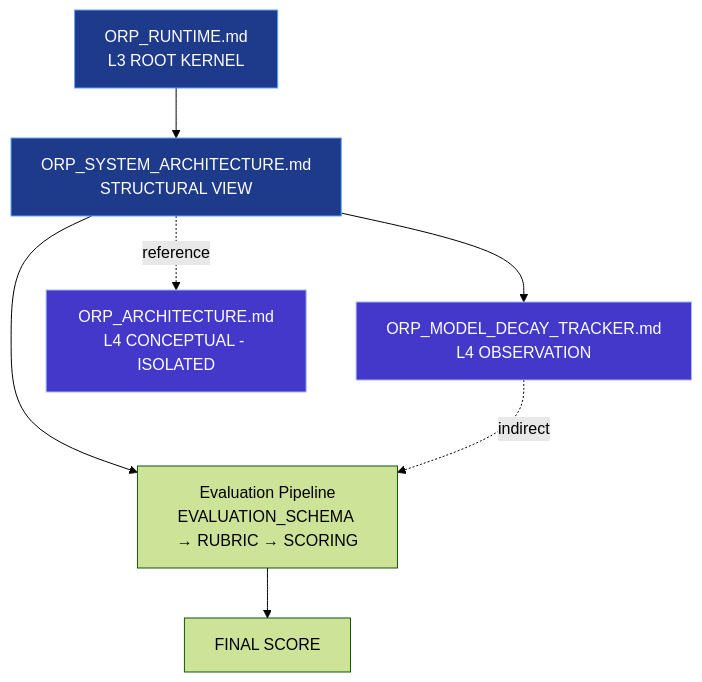
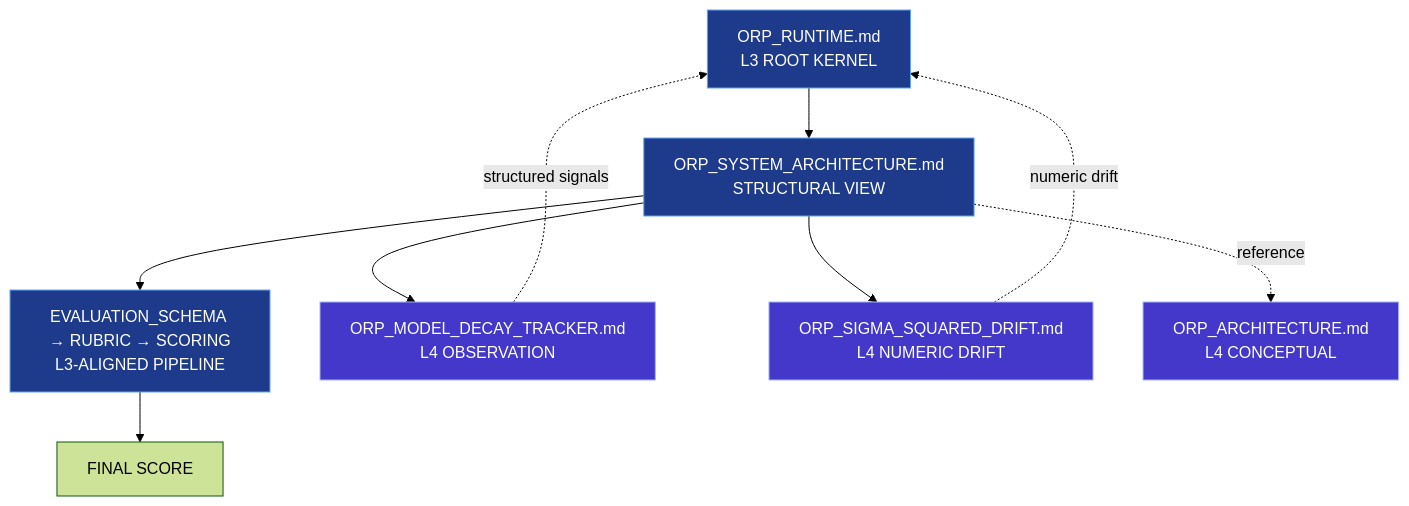
Before and after one commit to GeneralSergal/ORP: the second of 2 diagrams in core/ORP_META_MAP.md, drawn with Mermaid (forest theme). The commit also changed other lines of this file, not shown here.

````diff
--- a/core/ORP_META_MAP.md
+++ b/core/ORP_META_MAP.md
@@ -160,14 +212,16 @@
 ```mermaid
 flowchart TD
     Root[ORP_RUNTIME.md<br/>L3 ROOT KERNEL] --> Arch[ORP_SYSTEM_ARCHITECTURE.md<br/>STRUCTURAL VIEW]
-    Arch --> EvalPipeline[Evaluation Pipeline<br/>EVALUATION_SCHEMA → RUBRIC → SCORING]
-    Arch --> Obs[ORP_MODEL_DECAY_TRACKER.md<br/>L4 OBSERVATION]
-    EvalPipeline --> Final[FINAL SCORE]
-    Obs -.->|indirect| EvalPipeline
-    Arch -.->|reference| Concept[ORP_ARCHITECTURE.md<br/>L4 CONCEPTUAL - ISOLATED]
+    Arch --> Eval[EVALUATION_SCHEMA → RUBRIC → SCORING<br/>L3-ALIGNED PIPELINE]
+    Arch --> Obs1[ORP_MODEL_DECAY_TRACKER.md<br/>L4 OBSERVATION]
+    Arch --> Obs2[ORP_SIGMA_SQUARED_DRIFT.md<br/>L4 NUMERIC DRIFT]
+    Eval --> Final[FINAL SCORE]
+    Obs1 -.->|structured signals| Root
+    Obs2 -.->|numeric drift| Root
+    Arch -.->|reference| Concept[ORP_ARCHITECTURE.md<br/>L4 CONCEPTUAL]
     
     classDef l3 fill:#1e3a8a,stroke:#60a5fa,color:#fff
     classDef l4 fill:#4338ca,stroke:#a5b4fc,color:#fff
-    class Root,Arch l3
-    class Obs,Concept l4
+    class Root,Arch,Eval l3
+    class Obs1,Obs2,Concept l4
 ```
````
